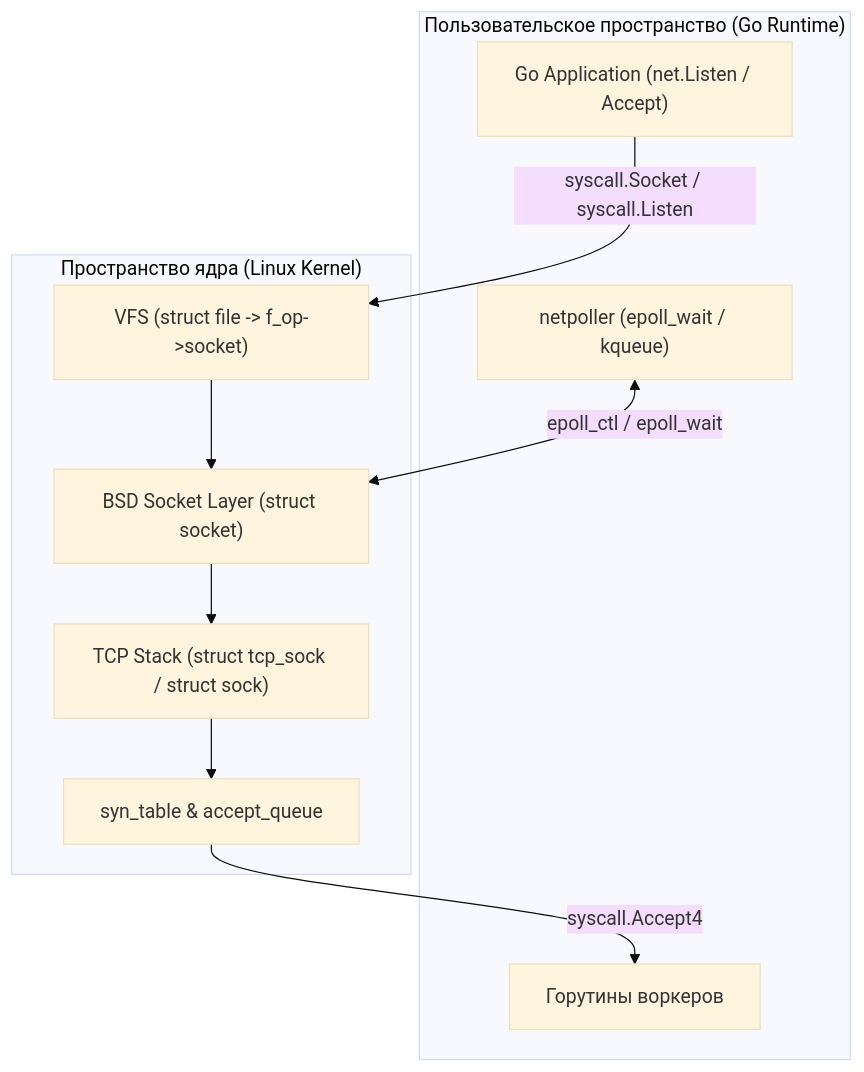
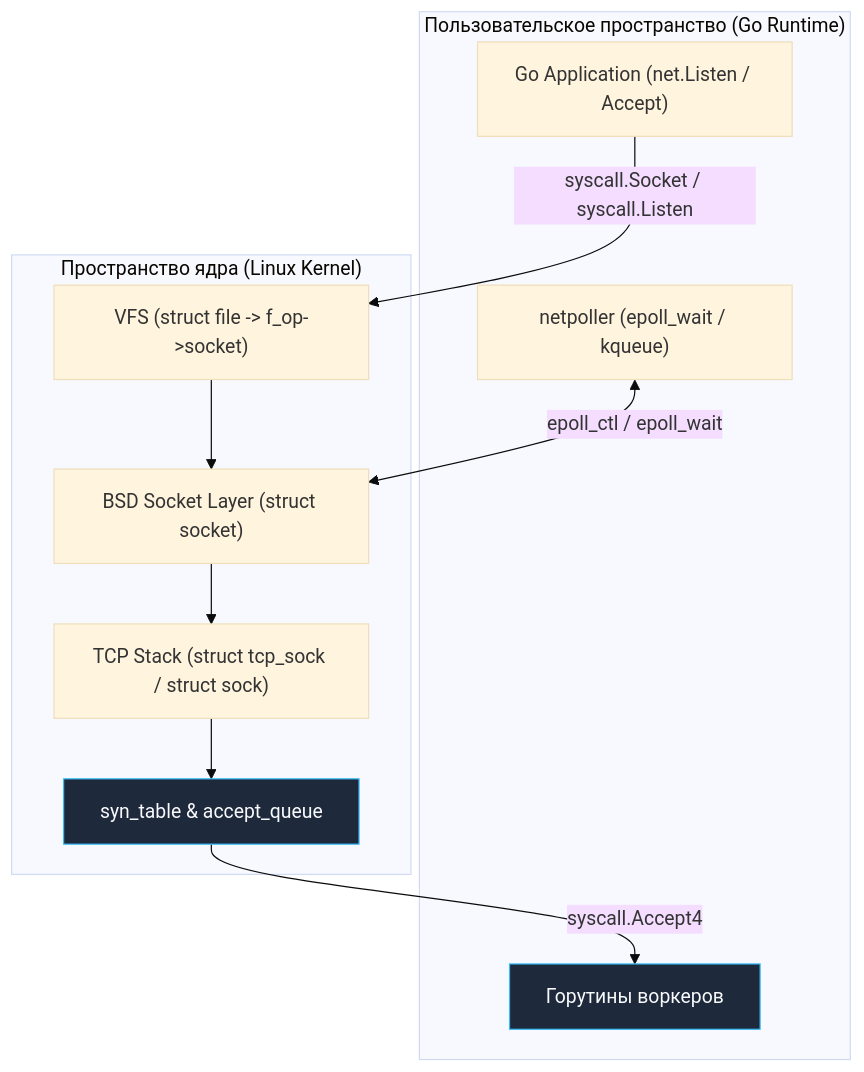
The first of 4 diagrams in sources/2. Устройство и работа ОС/48. Socket API и жизненный цикл TCP-соединения.md (UnrealTemplier/go-textbook), drawn with Mermaid (base theme) before and after one commit. The commit also changed other lines of this file and 1666 other files, not shown here.

First line of the commit message:
feat(mermaid): add semantic color classDef to 1369 colorless flowchart/graph diagrams

````diff
--- a/sources/2. Устройство и работа ОС/48. Socket API и жизненный цикл TCP-соединения.md
+++ b/sources/2. Устройство и работа ОС/48. Socket API и жизненный цикл TCP-соединения.md
@@ -14,20 +14,30 @@
 ```mermaid
 flowchart TD
+    classDef process  fill:#1e293b,stroke:#38bdf8,stroke-width:1px,color:#f8fafc
+    classDef success  fill:#064e3b,stroke:#34d399,stroke-width:1px,color:#f8fafc
+    classDef error    fill:#7f1d1d,stroke:#f87171,stroke-width:1px,color:#f8fafc
+    classDef warning  fill:#78350f,stroke:#fbbf24,stroke-width:1px,color:#f8fafc
+    classDef entry    fill:#1e3a5f,stroke:#38bdf8,stroke-width:2px,color:#f8fafc
+    classDef aux      fill:#334155,stroke:#64748b,stroke-width:1px,color:#f8fafc
+    classDef system   fill:#312e81,stroke:#a78bfa,stroke-width:1px,color:#f8fafc
+    classDef data     fill:#132d29,stroke:#2dd4bf,stroke-width:1px,color:#f8fafc
+    classDef network  fill:#881337,stroke:#fb7185,stroke-width:1px,color:#f8fafc
+    classDef accent   fill:#1e1b4b,stroke:#818cf8,stroke-width:1px,color:#f8fafc
     subgraph UserSpace["Пользовательское пространство (Go Runtime)"]
         App["Go Application (net.Listen / Accept)"]
         Netpoller["netpoller (epoll_wait / kqueue)"]
-        Goroutine["Горутины воркеров"]
+        Goroutine["Горутины воркеров"]:::process
     end
 
     subgraph KernelSpace["Пространство ядра (Linux Kernel)"]
         VFS["VFS (struct file -> f_op->socket)"]
         BSD["BSD Socket Layer (struct socket)"]
         TCP["TCP Stack (struct tcp_sock / struct sock)"]
-        Queues["syn_table & accept_queue"]
+        Queues["syn_table & accept_queue"]:::process
     end
 
     App -->|"syscall.Socket / syscall.Listen"| VFS
     VFS --> BSD --> TCP --> Queues
     Netpoller <-->|"epoll_ctl / epoll_wait"| BSD
     Queues -->|"syscall.Accept4"| Goroutine
 ```
````
